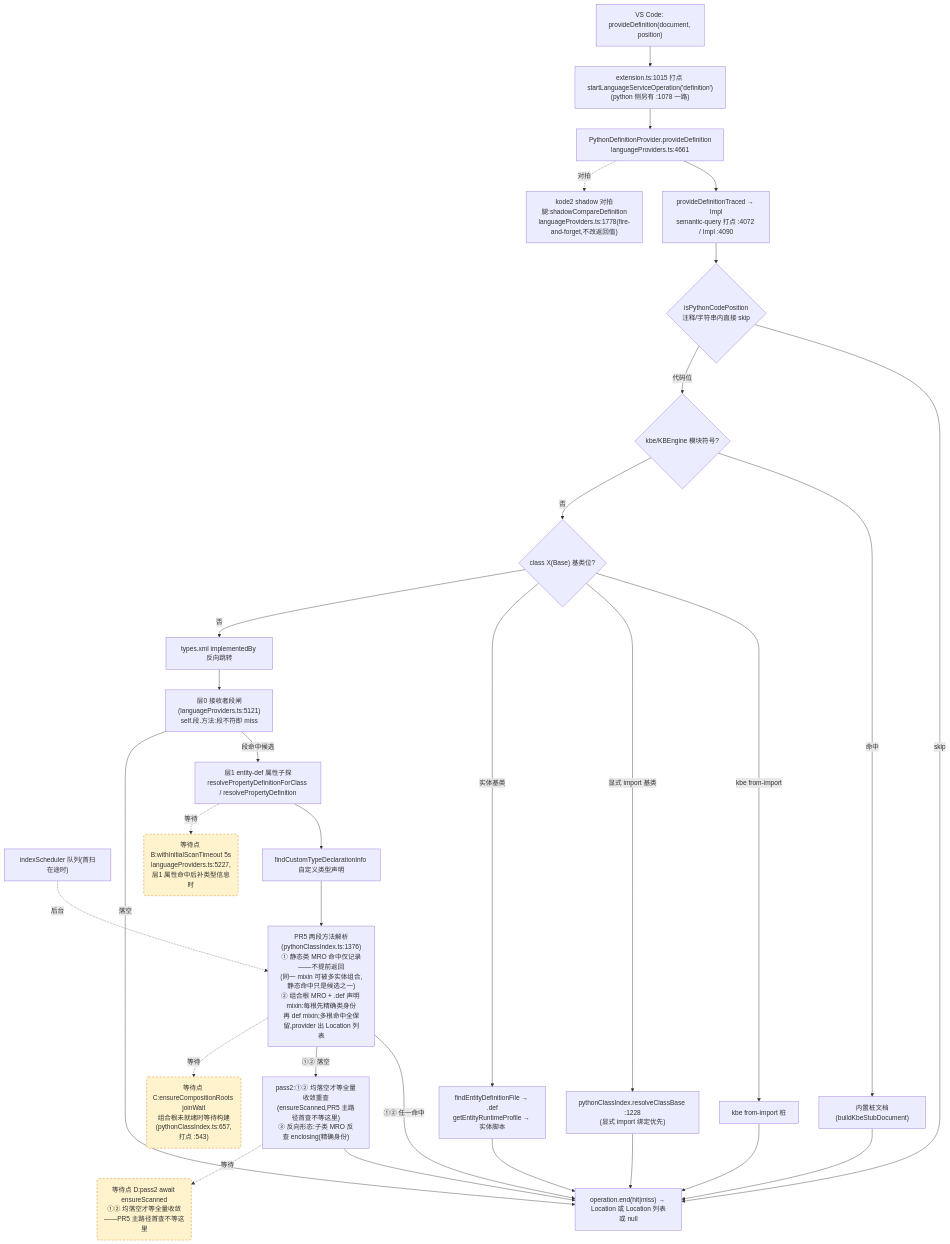
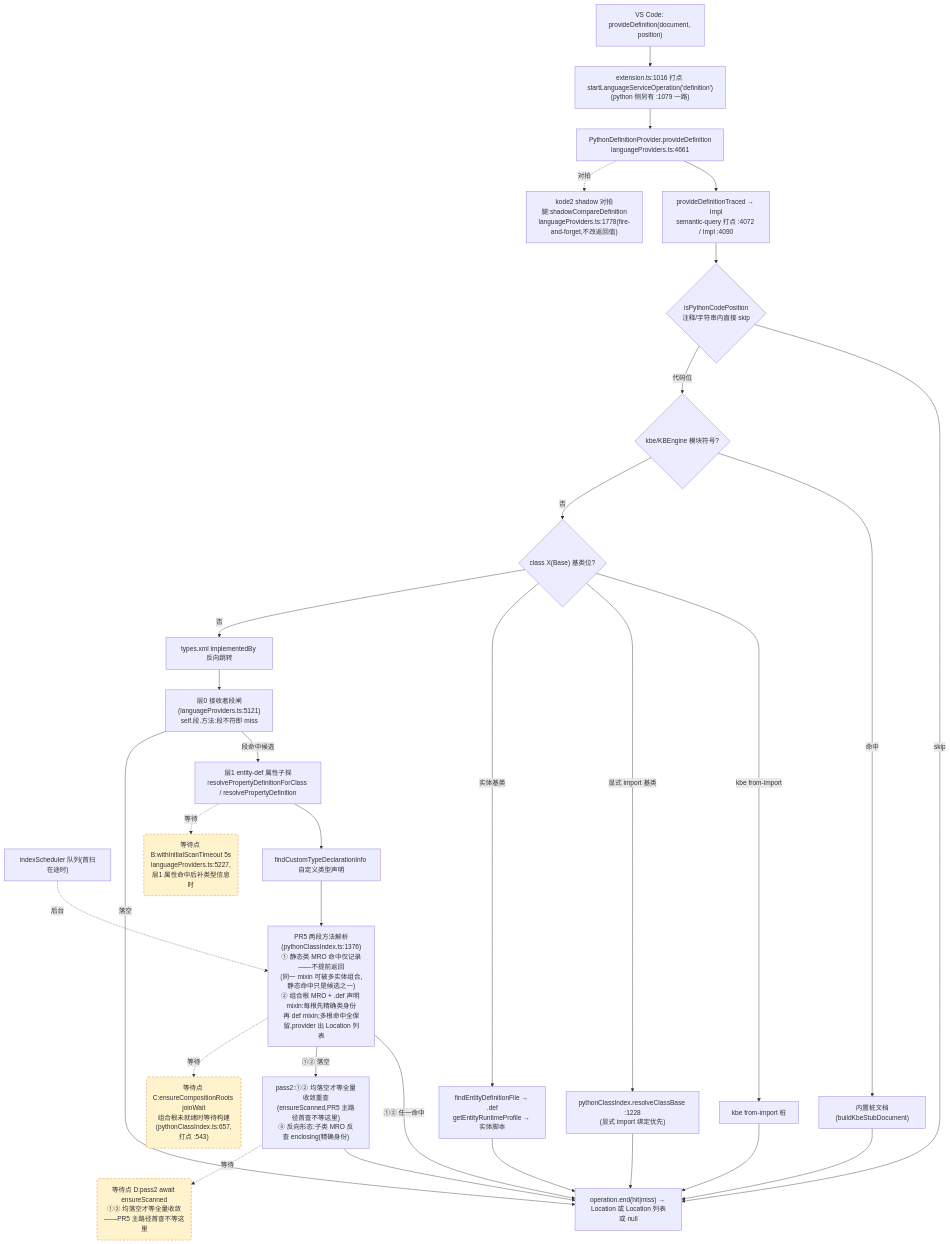
Before and after one commit to cuihairu/kode: the second of 4 diagrams in docs/perf/2026-baseline.md, drawn with Mermaid. The commit also changed other lines of this file and 7 other files, not shown here.

````diff
--- a/docs/perf/2026-baseline.md
+++ b/docs/perf/2026-baseline.md
@@ -130,51 +130,51 @@
 ```mermaid
 flowchart TD
   VC2["VS Code: provideDefinition(document, position)"]
-  M2["extension.ts:1015 打点 startLanguageServiceOperation('definition')<br/>(python 侧另有 :1078 一路)"]
+  M2["extension.ts:1016 打点 startLanguageServiceOperation('definition')<br/>(python 侧另有 :1079 一路)"]
   AD2["PythonDefinitionProvider.provideDefinition<br/>languageProviders.ts:4661"]
   TR["provideDefinitionTraced → Impl<br/>semantic-query 打点 :4072 / Impl :4090"]
   CTX{"isPythonCodePosition<br/>注释/字符串内直接 skip"}
   KBE{"kbe/KBEngine 模块符号?"}
   STUB["内置桩文档(buildKbeStubDocument)"]
   CB{"class X(Base) 基类位?"}
   CB1["kbe from-import 桩"]
   CB2["pythonClassIndex.resolveClassBase :1228<br/>(显式 import 绑定优先)"]
   CB3["findEntityDefinitionFile → .def<br/>getEntityRuntimeProfile → 实体脚本"]
   REV["types.xml implementedBy 反向跳转"]
   L0["层0 接收者段闸(languageProviders.ts:5121)<br/>self.段.方法:段不符即 miss"]
   L1["层1 entity-def 属性子探<br/>resolvePropertyDefinitionForClass / resolvePropertyDefinition"]
   SCAN["indexScheduler 队列(首扫在途时)"]
   TY["findCustomTypeDeclarationInfo 自定义类型声明"]
   MRO["PR5 两段方法解析(pythonClassIndex.ts:1376)<br/>① 静态类 MRO 命中仅记录——不提前返回<br/>(同一 mixin 可被多实体组合,静态命中只是候选之一)<br/>② 组合根 MRO + .def 声明 mixin:每根先精确类身份<br/>再 def mixin;多根命中全保留,provider 出 Location 列表"]
   PASS2["pass2:①② 均落空才等全量收敛重查<br/>(ensureScanned,PR5 主路径首查不等这里)<br/>③ 反向形态:子类 MRO 反查 enclosing(精确身份)"]
   SHD["kode2 shadow 对拍腿:shadowCompareDefinition<br/>languageProviders.ts:1778(fire-and-forget,不改返回值)"]
   END2["operation.end(hit|miss) → Location 或 Location 列表或 null"]
 
   VC2 --> M2 --> AD2 --> TR --> CTX
   CTX -- "skip" --> END2
   CTX -- "代码位" --> KBE
   KBE -- "命中" --> STUB --> END2
   KBE -- "否" --> CB
   CB -- "kbe from-import" --> CB1 --> END2
   CB -- "显式 import 基类" --> CB2 --> END2
   CB -- "实体基类" --> CB3 --> END2
   CB -- "否" --> REV --> L0
   L0 -- "段命中候选" --> L1
   L0 -- "落空" --> END2
   L1 --> TY
   TY --> MRO
   MRO -- "①② 任一命中" --> END2
   MRO -- "①② 落空" --> PASS2 --> END2
   AD2 -.->|对拍| SHD
 
   WAITB("等待点 B:withInitialScanTimeout 5s<br/>languageProviders.ts:5227,层1 属性命中后补类型信息时")
   WAITC("等待点 C:ensureCompositionRoots joinWait<br/>组合根未就绪时等待构建(pythonClassIndex.ts:657,打点 :543)")
   WAITD("等待点 D:pass2 await ensureScanned<br/>①② 均落空才等全量收敛——PR5 主路径首查不等这里")
   L1 -.->|等待| WAITB
   MRO -.->|等待| WAITC
   PASS2 -.->|等待| WAITD
   SCAN -.->|后台| MRO
 
   classDef waitPoint fill:#fff3cd,stroke:#d97706,stroke-dasharray:5 4;
   class WAITB,WAITC,WAITD waitPoint;
 ```
````
